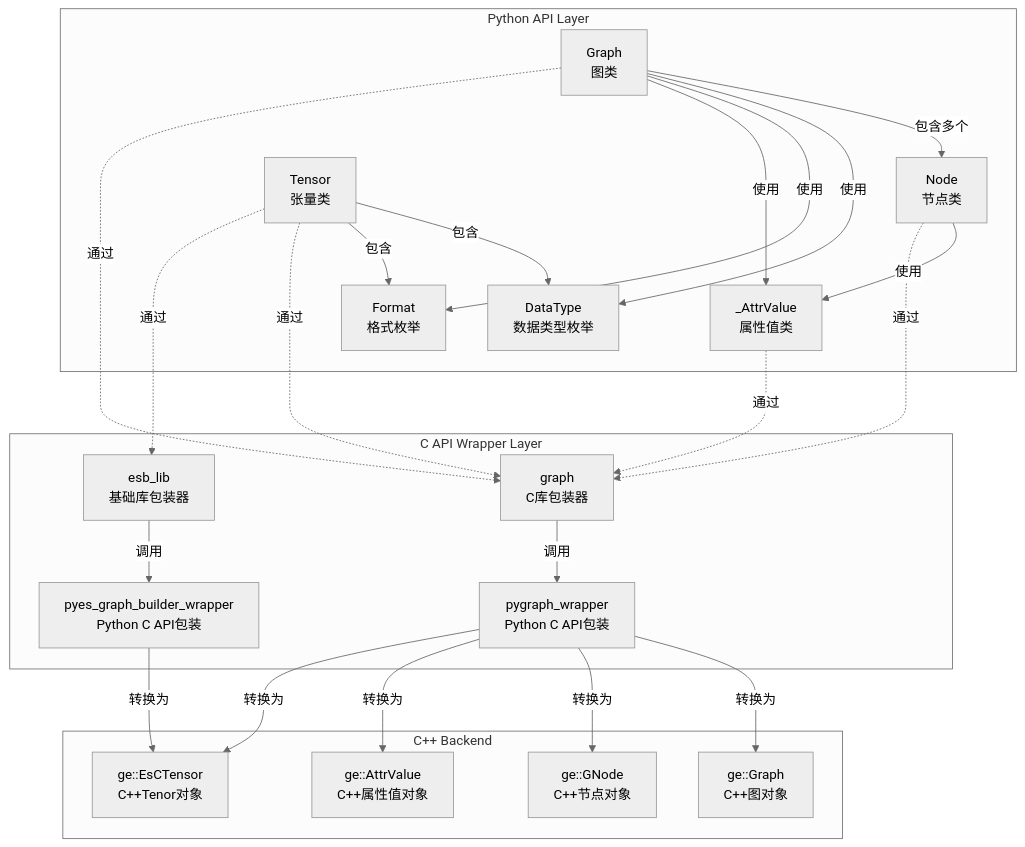
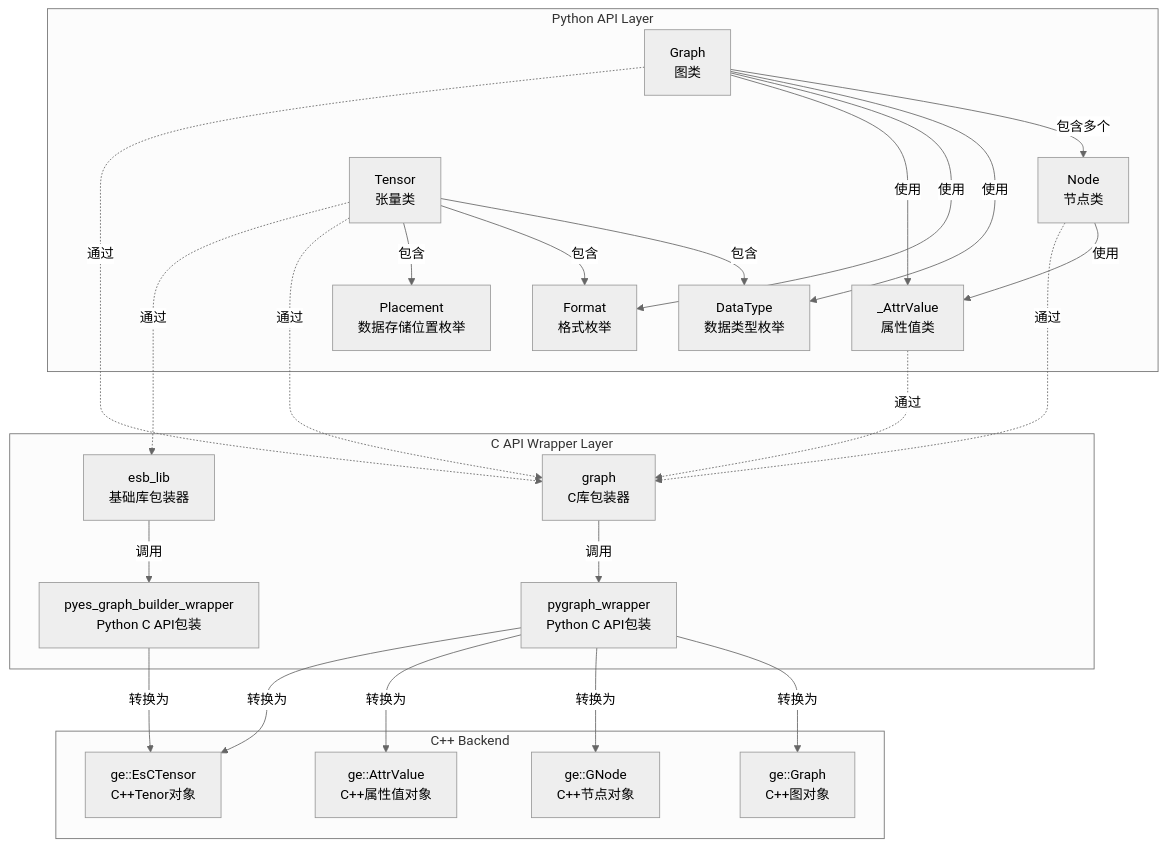
The diagram in docs/ge_python/design/ge_python.md (mirror-cann/ge), drawn with Mermaid (neutral theme) before and after one commit. The commit also changed other lines of this file and 26 other files, not shown here.

First paragraph of the commit message:
feat: 提供 Python 异步图执行接口

````diff
--- a/docs/ge_python/design/ge_python.md
+++ b/docs/ge_python/design/ge_python.md
@@ -24,50 +24,52 @@
 ```mermaid
 graph TB
     subgraph "Python API Layer"
         Graph[Graph<br/>图类]
         Node[Node<br/>节点类]
         Tensor[Tensor<br/>张量类]
         DataType[DataType<br/>数据类型枚举]
         Format[Format<br/>格式枚举]
+        Placement[Placement<br/>数据存储位置枚举]
         AttrValue[_AttrValue<br/>属性值类]
     end
     
     subgraph "C API Wrapper Layer"
         GraphLib[graph<br/>C库包装器]
         ESBLib[esb_lib<br/>基础库包装器]
         PyGraphWrapper[pygraph_wrapper<br/>Python C API包装]
         PyESWrapper[pyes_graph_builder_wrapper<br/>Python C API包装]
     end
     
     subgraph "C++ Backend"
         CGraph[ge::Graph<br/>C++图对象]
         CGNode[ge::GNode<br/>C++节点对象]
         CAttrValue[ge::AttrValue<br/>C++属性值对象]
         CTensor[ge::EsCTensor<br/>C++Tenor对象]
     end
     
     %% Python层关系
     Graph -->|"包含多个"| Node
     Graph -->|"使用"| DataType
     Graph -->|"使用"| Format
     Graph -->|"使用"| AttrValue
     Tensor -->|"包含"| DataType
     Tensor -->|"包含"| Format
+    Tensor -->|"包含"| Placement
     Node -->|"使用"| AttrValue
     
     %% Python到C API
     Graph -.->|"通过"| GraphLib
     Node -.->|"通过"| GraphLib
     AttrValue -.->|"通过"| GraphLib
     Tensor -.->|"通过"| GraphLib
     Tensor -.->|"通过"| ESBLib
     GraphLib -->|"调用"| PyGraphWrapper
     ESBLib -->|"调用"| PyESWrapper
     
     %% C API到C++
     PyGraphWrapper -->|"转换为"| CGraph
     PyGraphWrapper -->|"转换为"| CGNode
     PyGraphWrapper -->|"转换为"| CAttrValue
     PyGraphWrapper -->|"转换为"| CTensor
     PyESWrapper -->|"转换为"| CTensor
 ```
````
